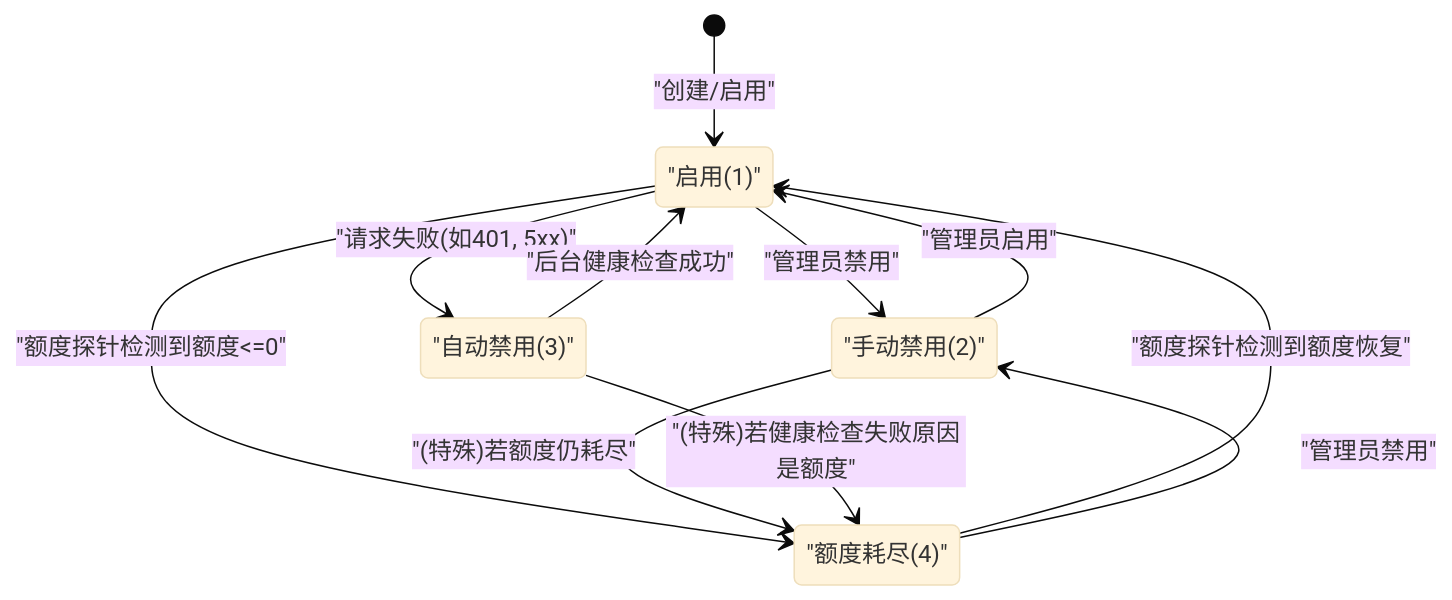
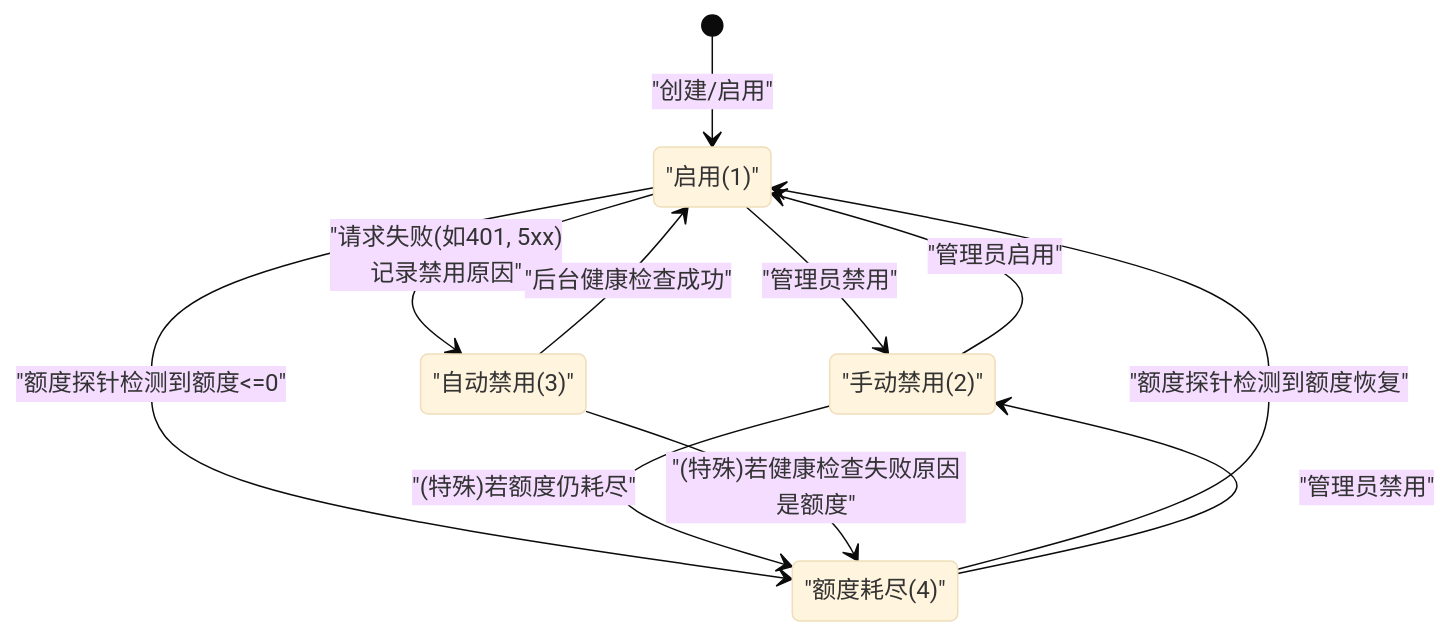
The second of 2 diagrams in docs/01-NewAPI数据面转发渠道粘性和限量问题解决方案.md (WoolenWang/new-api), drawn with Mermaid (base theme) before and after one commit. The commit also changed other lines of this file and 2 other files, not shown here.

````diff
--- a/docs/01-NewAPI数据面转发渠道粘性和限量问题解决方案.md
+++ b/docs/01-NewAPI数据面转发渠道粘性和限量问题解决方案.md
@@ -354,23 +378,23 @@
 ```mermaid
 stateDiagram-v2
     Enabled: "启用(1)"
     ManuallyDisabled: "手动禁用(2)"
     AutoDisabled: "自动禁用(3)"
     QuotaExhausted: "额度耗尽(4)"
 
     [*] --> Enabled: "创建/启用"
     
     Enabled --> ManuallyDisabled: "管理员禁用"
     ManuallyDisabled --> Enabled: "管理员启用"
 
-    Enabled --> AutoDisabled: "请求失败(如401, 5xx)"
+    Enabled --> AutoDisabled: "请求失败(如401, 5xx)<br>记录禁用原因"
     AutoDisabled --> Enabled: "后台健康检查成功"
 
     Enabled --> QuotaExhausted: "额度探针检测到额度<=0"
     QuotaExhausted --> Enabled: "额度探针检测到额度恢复"
     
     QuotaExhausted --> ManuallyDisabled: "管理员禁用"
     ManuallyDisabled --> QuotaExhausted: "(特殊)若额度仍耗尽"
 
     AutoDisabled --> QuotaExhausted: "(特殊)若健康检查失败原因是额度"
 ```
````
